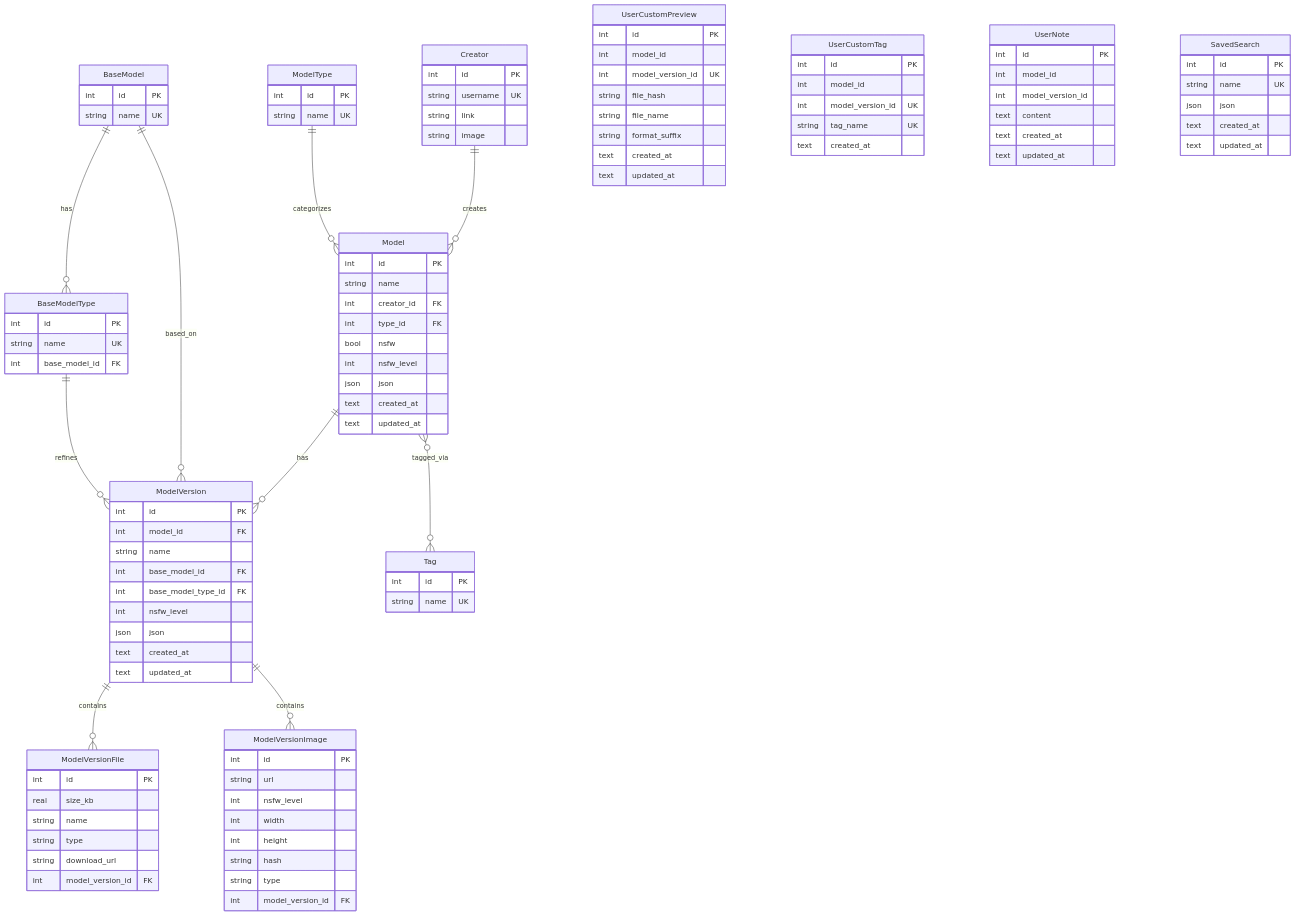
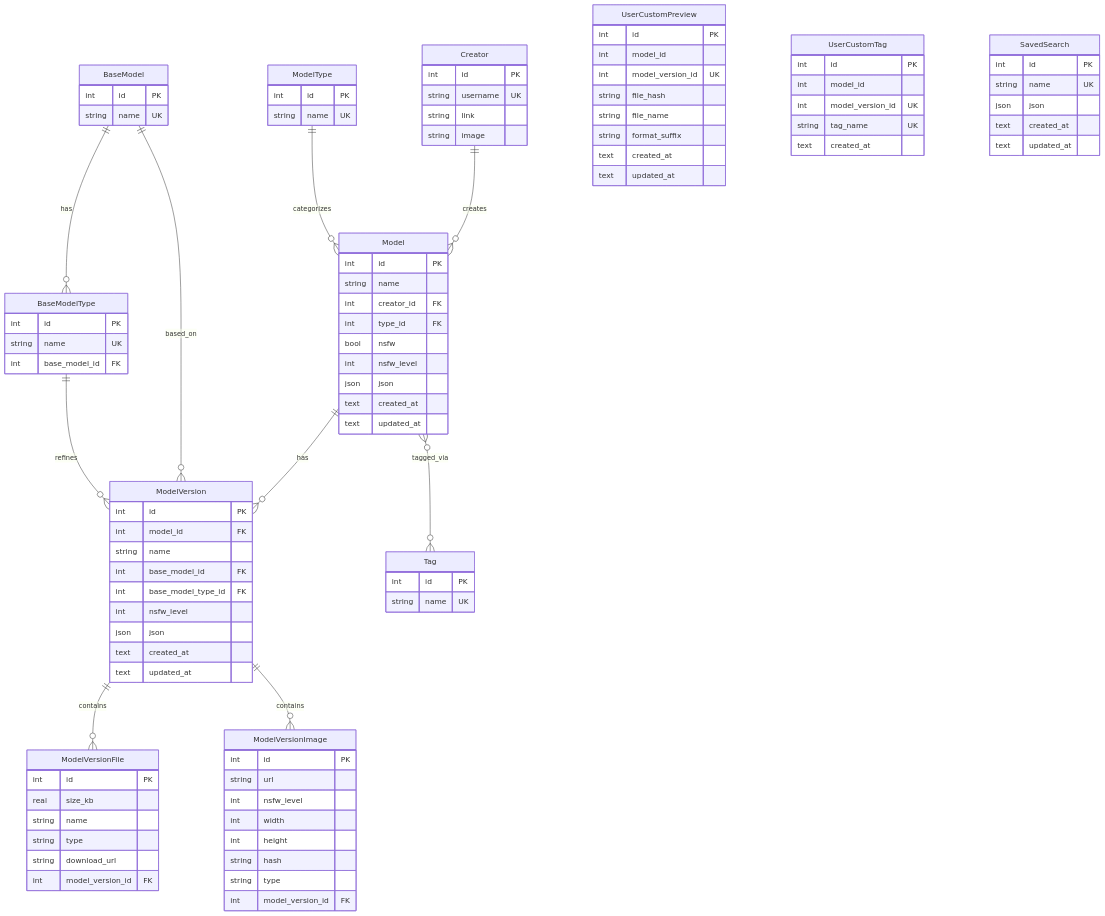
Before and after one commit to UniversalProgressions/flutter_civitai_box: the diagram in lib/db/SCHEMA.md, drawn with Mermaid. The commit also changed other lines of this file and 13 other files, not shown here.

```diff
--- a/lib/db/SCHEMA.md
+++ b/lib/db/SCHEMA.md
@@ -99,14 +99,6 @@
         string tag_name UK
         text created_at
     }
-    UserNote {
-        int id PK
-        int model_id
-        int model_version_id
-        text content
-        text created_at
-        text updated_at
-    }
     SavedSearch {
         int id PK
         string name UK
```
